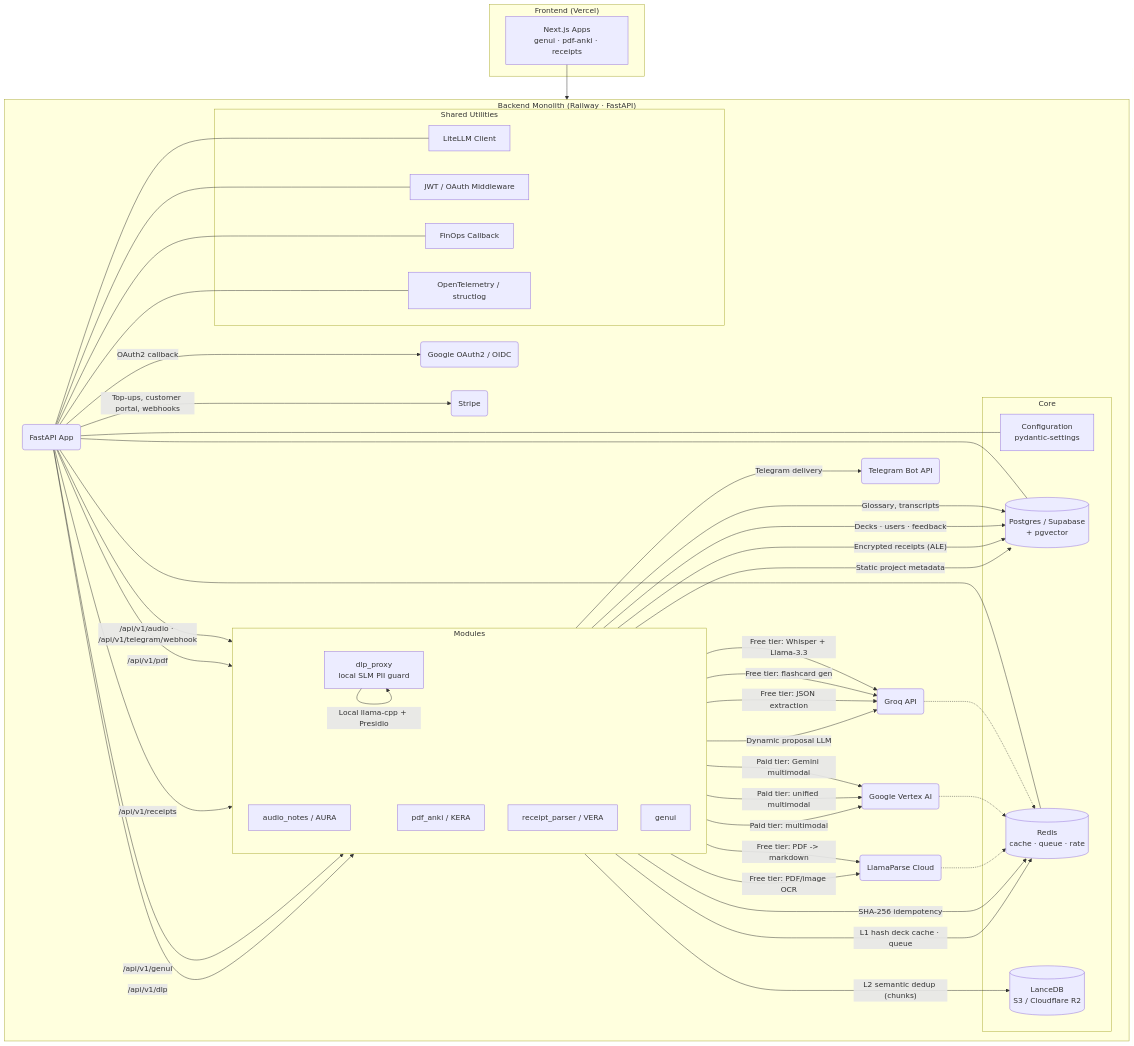
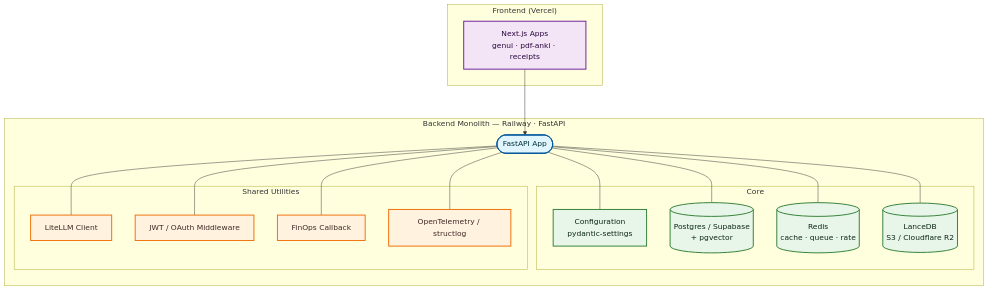
One commit to JMMAILabs/frugal-fortress-architecture changed the first of 3 diagrams in docs/diagrams/core/backend_monolith_context.md. Above: the diagram before and after it, drawn with Mermaid. The commit also changed other lines of this file and 9 other files, not shown here.

Commit message:
diagrams updated for legibility and updated changes

````diff
--- a/docs/diagrams/core/backend_monolith_context.md
+++ b/docs/diagrams/core/backend_monolith_context.md
@@ -5,11 +15,12 @@
 ```mermaid
-graph TD
+%%{init: {'theme':'default', 'flowchart':{'nodeSpacing':50, 'rankSpacing':70}}}%%
+flowchart TD
     subgraph Frontend["Frontend (Vercel)"]
         FE[Next.js Apps<br/>genui · pdf-anki · receipts]
     end
 
-    subgraph Backend_Monolith ["Backend Monolith (Railway · FastAPI)"]
-        direction LR
+    subgraph Backend ["Backend Monolith — Railway · FastAPI"]
+        API_GATEWAY([FastAPI App])
 
         subgraph Core ["Core"]
             C_CONFIG[Configuration<br/>pydantic-settings]
@@ -18,72 +29,30 @@
             C_LANCE[(LanceDB<br/>S3 / Cloudflare R2)]
         end
 
-        subgraph Shared_Utilities ["Shared Utilities"]
+        subgraph Shared ["Shared Utilities"]
             S_LLM[LiteLLM Client]
             S_AUTH[JWT / OAuth Middleware]
             S_FINOPS[FinOps Callback]
             S_OTEL[OpenTelemetry / structlog]
         end
-
-        subgraph Modules ["Modules"]
-            direction TB
-            M_AUDIO[audio_notes / AURA]
-            M_PDF[pdf_anki / KERA]
-            M_RECEIPTS[receipt_parser / VERA]
-            M_GENUI[genui]
-            M_DLP[dlp_proxy<br/>local SLM PII guard]
-        end
-
-        API_GATEWAY(FastAPI App) --- C_CONFIG
-        API_GATEWAY --- C_DB
-        API_GATEWAY --- C_REDIS
-        API_GATEWAY --- S_LLM
-        API_GATEWAY --- S_AUTH
-        API_GATEWAY --- S_FINOPS
-        API_GATEWAY --- S_OTEL
-
-        API_GATEWAY -- /api/v1/audio · /api/v1/telegram/webhook --> M_AUDIO
-        API_GATEWAY -- /api/v1/pdf --> M_PDF
-        API_GATEWAY -- /api/v1/receipts --> M_RECEIPTS
-        API_GATEWAY -- /api/v1/genui --> M_GENUI
-        API_GATEWAY -- /api/v1/dlp --> M_DLP
-
-        %% Audio Notes (AURA)
-        M_AUDIO -- Free tier: Whisper + Llama-3.3 --> EXT_GROQ(Groq API)
-        M_AUDIO -- Paid tier: Gemini multimodal --> EXT_VERTEX(Google Vertex AI)
-        M_AUDIO -- SHA-256 idempotency --> C_REDIS
-        M_AUDIO -- Glossary, transcripts --> C_DB
-        M_AUDIO -- Telegram delivery --> EXT_TG(Telegram Bot API)
-
-        %% PDF to Anki (KERA)
-        M_PDF -- Free tier: PDF -> markdown --> EXT_LLAMAPARSE(LlamaParse Cloud)
-        M_PDF -- Free tier: flashcard gen --> EXT_GROQ
-        M_PDF -- Paid tier: unified multimodal --> EXT_VERTEX
-        M_PDF -- L2 semantic dedup (chunks) --> C_LANCE
-        M_PDF -- Decks · users · feedback --> C_DB
-        M_PDF -- L1 hash deck cache · queue --> C_REDIS
-
-        %% Receipt Parser (VERA)
-        M_RECEIPTS -- Free tier: PDF/image OCR --> EXT_LLAMAPARSE
-        M_RECEIPTS -- Free tier: JSON extraction --> EXT_GROQ
-        M_RECEIPTS -- Paid tier: multimodal --> EXT_VERTEX
-        M_RECEIPTS -- Encrypted receipts (ALE) --> C_DB
-
-        %% GenUI
-        M_GENUI -- Dynamic proposal LLM --> EXT_GROQ
-        M_GENUI -- Static project metadata --> C_DB
-
-        %% DLP Proxy (local; no external LLM)
-        M_DLP -- Local llama-cpp + Presidio --> M_DLP
-
-        %% Auth and billing
-        API_GATEWAY -- OAuth2 callback --> EXT_GOOGLE(Google OAuth2 / OIDC)
-        API_GATEWAY -- Top-ups, customer portal, webhooks --> EXT_STRIPE(Stripe)
     end
 
     FE --> API_GATEWAY
+    API_GATEWAY --- C_CONFIG
+    API_GATEWAY --- C_DB
+    API_GATEWAY --- C_REDIS
+    API_GATEWAY --- C_LANCE
+    API_GATEWAY --- S_LLM
+    API_GATEWAY --- S_AUTH
+    API_GATEWAY --- S_FINOPS
+    API_GATEWAY --- S_OTEL
 
-    EXT_GROQ -.-> C_REDIS
-    EXT_VERTEX -.-> C_REDIS
-    EXT_LLAMAPARSE -.-> C_REDIS
+    classDef gw fill:#e1f5fe,stroke:#01579b,stroke-width:2px,color:#01323b
+    classDef core fill:#e8f5e9,stroke:#2e7d32,stroke-width:2px,color:#0d2818
+    classDef shared fill:#fff3e0,stroke:#ef6c00,stroke-width:2px,color:#3e2723
+    classDef fe fill:#f3e5f5,stroke:#6a1b9a,stroke-width:2px,color:#2a063e
+    class API_GATEWAY gw
+    class C_CONFIG,C_DB,C_REDIS,C_LANCE core
+    class S_LLM,S_AUTH,S_FINOPS,S_OTEL shared
+    class FE fe
 ```
````
